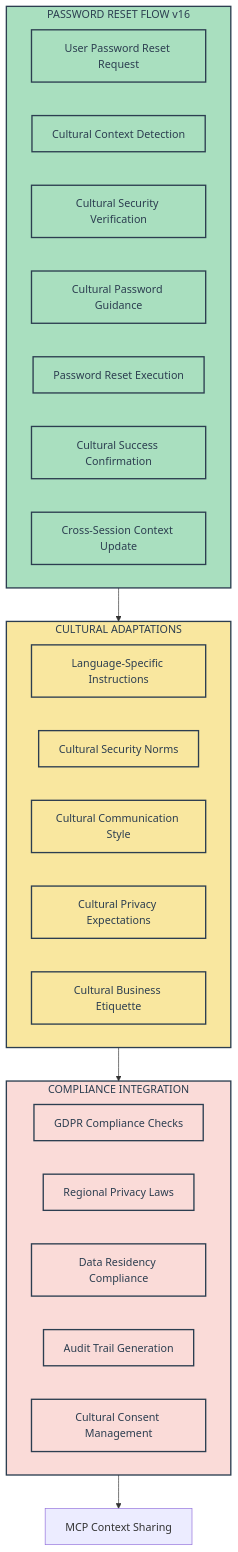
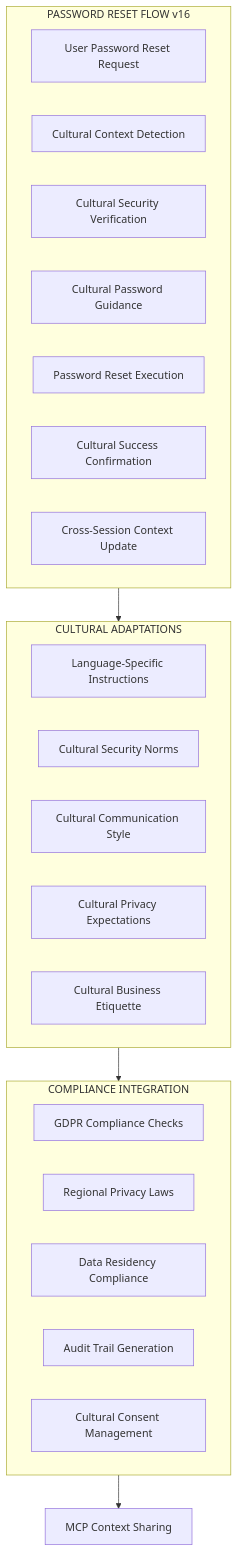
Before and after one commit to ME-ai-agents/docs_prod: the seventh of 12 diagrams in ME.AI - TDD Year 1 v16.md, drawn with Mermaid. The commit also changed other lines of this file, not shown here.

````diff
--- a/ME.AI - TDD Year 1 v16.md
+++ b/ME.AI - TDD Year 1 v16.md
@@ -567,40 +504,32 @@
 ```mermaid
 flowchart TD
     subgraph PasswordResetFlow["PASSWORD RESET FLOW v16"]
         UserRequest[User Password Reset Request]
         CulturalDetection[Cultural Context Detection]
         SecurityVerification[Cultural Security Verification]
         PasswordGuidance[Cultural Password Guidance]
         ResetExecution[Password Reset Execution]
         SuccessConfirmation[Cultural Success Confirmation]
         ContextUpdate[Cross-Session Context Update]
     end
     
     subgraph CulturalAdaptations["CULTURAL ADAPTATIONS"]
         LanguageAdaptation[Language-Specific Instructions]
         SecurityCulturalNorms[Cultural Security Norms]
         CommunicationStyle[Cultural Communication Style]
         PrivacyExpectations[Cultural Privacy Expectations]
         BusinessEtiquette[Cultural Business Etiquette]
     end
     
     subgraph ComplianceIntegration["COMPLIANCE INTEGRATION"]
         GDPRCompliance[GDPR Compliance Checks]
         RegionalPrivacyLaws[Regional Privacy Laws]
         DataResidencyCompliance[Data Residency Compliance]
         AuditTrailGeneration[Audit Trail Generation]
         ConsentManagement[Cultural Consent Management]
     end
     
     PasswordResetFlow --> CulturalAdaptations
     CulturalAdaptations --> ComplianceIntegration
     ComplianceIntegration --> MCPContextSharing[MCP Context Sharing]
-    
-    classDef flowStyle fill:#A9DFBF,stroke:#2C3E50,stroke-width:2px,color:#2C3E50
-    classDef culturalStyle fill:#F9E79F,stroke:#2C3E50,stroke-width:2px,color:#2C3E50
-    classDef complianceStyle fill:#FADBD8,stroke:#2C3E50,stroke-width:2px,color:#2C3E50
-    
-    class PasswordResetFlow,UserRequest,CulturalDetection,SecurityVerification,PasswordGuidance,ResetExecution,SuccessConfirmation,ContextUpdate flowStyle
-    class CulturalAdaptations,LanguageAdaptation,SecurityCulturalNorms,CommunicationStyle,PrivacyExpectations,BusinessEtiquette culturalStyle
-    class ComplianceIntegration,GDPRCompliance,RegionalPrivacyLaws,DataResidencyCompliance,AuditTrailGeneration,ConsentManagement complianceStyle
 ```
````
